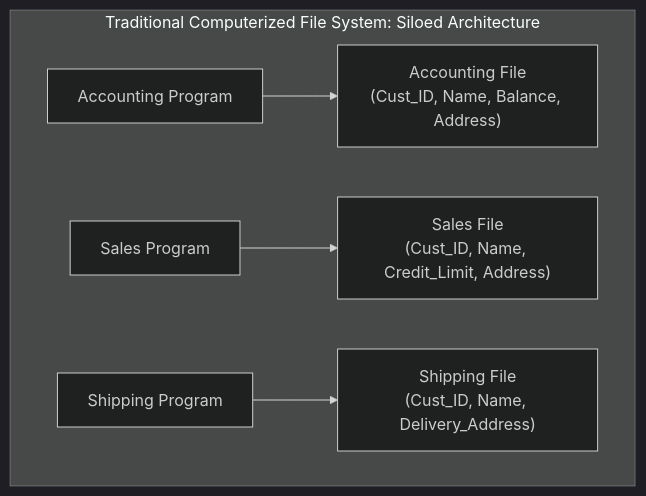
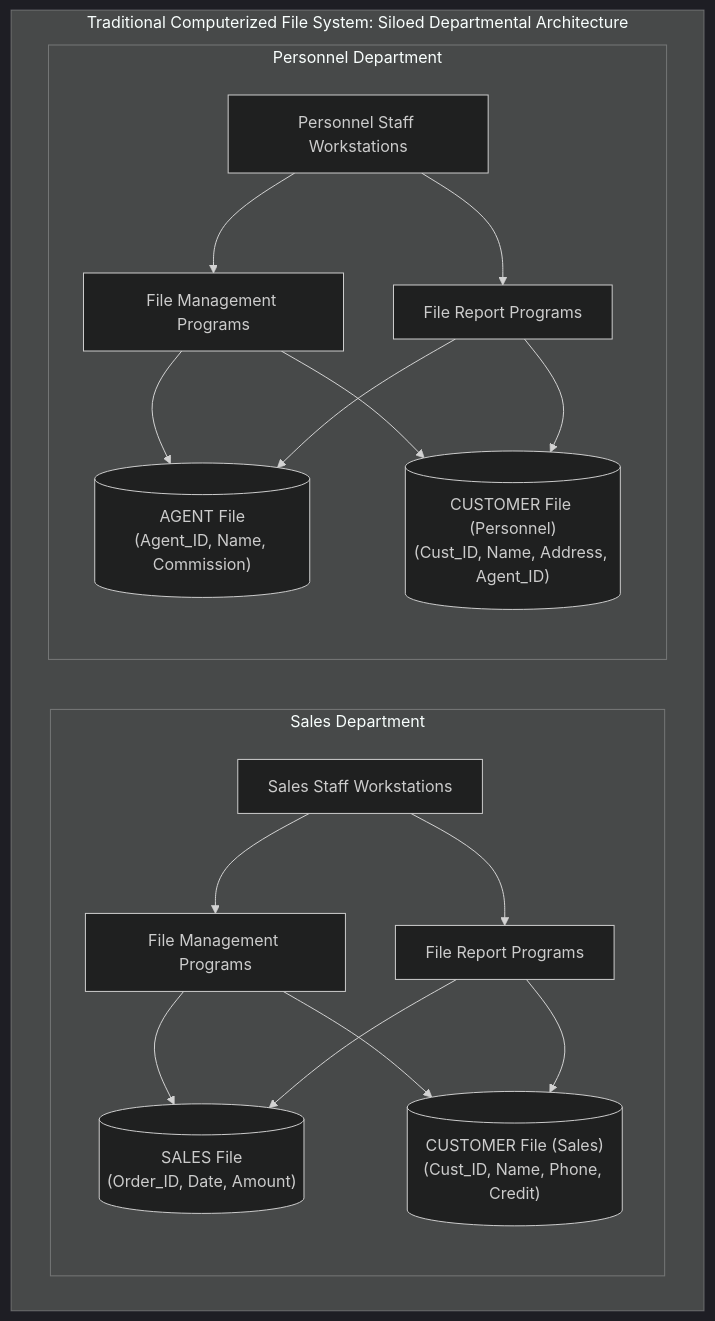
One commit to Fake1Doge/Obsidian-notes changed diagram 11 of 58 in Y2S1/CCA202 Database Fundamentals.md. Above: the diagram before and after it, drawn with Mermaid (dark theme). The commit also changed other lines of this file and 9 other files, not shown here.

````diff
--- a/Y2S1/CCA202 Database Fundamentals.md
+++ b/Y2S1/CCA202 Database Fundamentals.md
@@ -147,9 +429,30 @@
 ```mermaid
 flowchart TD
-    subgraph TraditionalFileSystem["Traditional Computerized File System: Siloed Architecture"]
+    subgraph SiloedFiles["Traditional Computerized File System: Siloed Departmental Architecture"]
         direction LR
-        ProgA["Accounting Program"] --> FileA["Accounting File<br/>(Cust_ID, Name, Balance, Address)"]
-        ProgB["Sales Program"] --> FileB["Sales File<br/>(Cust_ID, Name, Credit_Limit, Address)"]
-        ProgC["Shipping Program"] --> FileC["Shipping File<br/>(Cust_ID, Name, Delivery_Address)"]
+        
+        subgraph SalesDept["Sales Department"]
+            direction TB
+            Users_Sales["Sales Staff Workstations"]
+            Prog_Sales_Mgmt["File Management Programs"]
+            Prog_Sales_Rpt["File Report Programs"]
+            File_Sales[("SALES File<br/>(Order_ID, Date, Amount)")]
+            File_Cust_Sales[("CUSTOMER File (Sales)<br/>(Cust_ID, Name, Phone, Credit)")]
+            
+            Users_Sales --> Prog_Sales_Mgmt & Prog_Sales_Rpt
+            Prog_Sales_Mgmt & Prog_Sales_Rpt --> File_Sales & File_Cust_Sales
+        end
+
+        subgraph PersonnelDept["Personnel Department"]
+            direction TB
+            Users_Pers["Personnel Staff Workstations"]
+            Prog_Pers_Mgmt["File Management Programs"]
+            Prog_Pers_Rpt["File Report Programs"]
+            File_Agent[("AGENT File<br/>(Agent_ID, Name, Commission)")]
+            File_Cust_Pers[("CUSTOMER File (Personnel)<br/>(Cust_ID, Name, Address, Agent_ID)")]
+            
+            Users_Pers --> Prog_Pers_Mgmt & Prog_Pers_Rpt
+            Prog_Pers_Mgmt & Prog_Pers_Rpt --> File_Agent & File_Cust_Pers
+        end
     end
 ```
````
